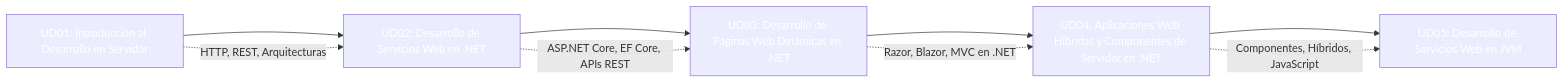
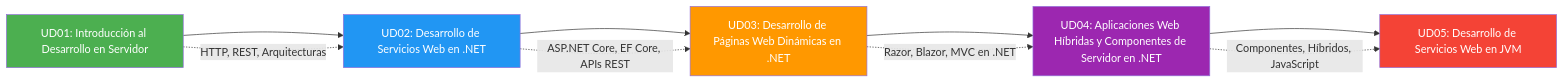
One commit to joseluisgs/DesarrolloWebEntornosServidor-02-2026-2027 changed the second of 2 diagrams in 32-resumen.md. Above: the diagram before and after it, drawn with Mermaid. The commit also changed other lines of this file and 29 other files, not shown here.

Commit message:
docs: corregir estilos Mermaid y estilo, quitar referencias a la Tienda y reestructurar los retos 13 y 15

````diff
--- a/32-resumen.md
+++ b/32-resumen.md
@@ -717,18 +717,18 @@
 ```mermaid
 graph LR
     UD01[UD01: Introducción al Desarrollo en Servidor] --> UD02[UD02: Desarrollo de Servicios Web en .NET]
     UD02 --> UD03[UD03: Desarrollo de Páginas Web Dinámicas en .NET]
     UD03 --> UD04[UD04: Aplicaciones Web Híbridas y Componentes de Servidor en .NET]
     UD04 --> UD05[UD05: Desarrollo de Servicios Web en JVM]
 
     UD01 -.->|HTTP, REST, Arquitecturas| UD02
     UD02 -.->|ASP.NET Core, EF Core, APIs REST| UD03
     UD03 -.->|Razor, Blazor, MVC en .NET| UD04
     UD04 -.->|Componentes, Híbridos, JavaScript| UD05
 
-    style UD01 fill:#4CAF5,color:#fff0,color:#fff
-    style UD02 fill:#2196F,color:#fff3,color:#fff
-    style UD03 fill:#FF980,color:#fff0,color:#fff
-    style UD04 fill:#9C27B,color:#fff0,color:#fff
-    style UD05 fill:#f4433,color:#fff6,color:#fff
+    style UD01 fill:#4CAF50,color:#fff
+    style UD02 fill:#2196F3,color:#fff
+    style UD03 fill:#FF9800,color:#fff
+    style UD04 fill:#9C27B0,color:#fff
+    style UD05 fill:#f44336,color:#fff
 ```
````
